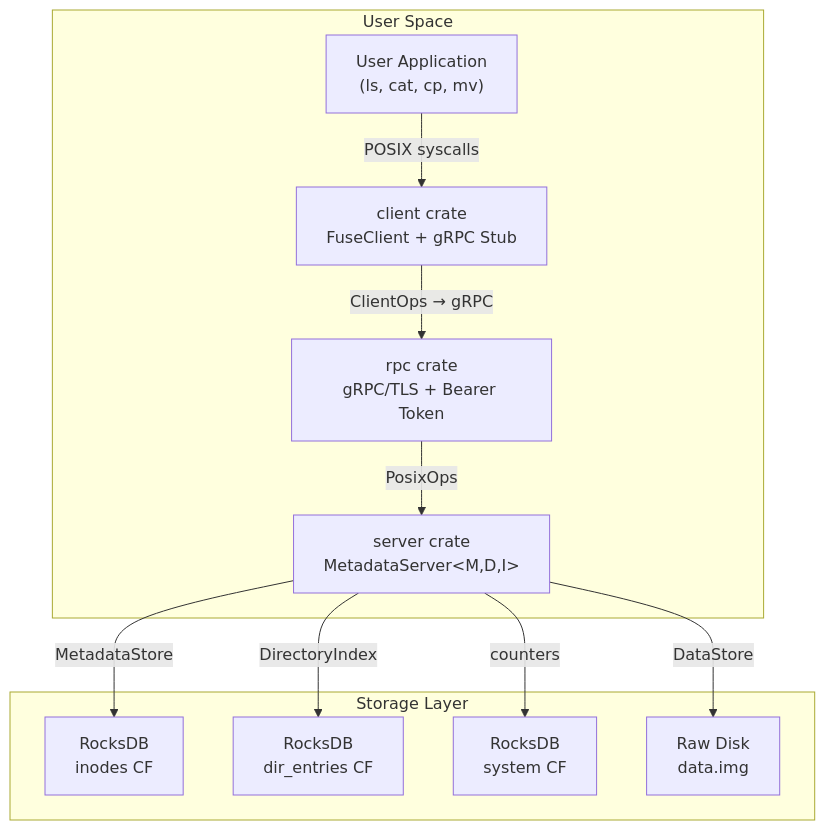
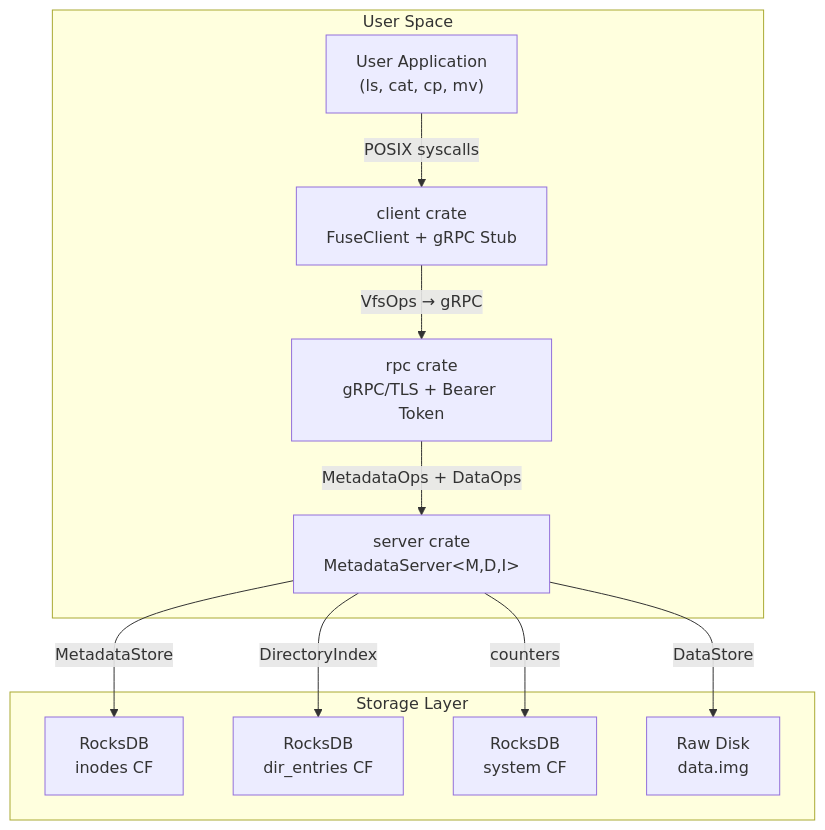
Before and after one commit to csjgg/rucksfs: the first of 14 diagrams in docs/metadata-kv-research.md, drawn with Mermaid. The commit also changed 2 other files, not shown here.

Commit message:
chore: doc update

````diff
--- a/docs/metadata-kv-research.md
+++ b/docs/metadata-kv-research.md
@@ -178,24 +178,24 @@
 ```mermaid
 graph TB
     subgraph "User Space"
         APP["User Application<br/>(ls, cat, cp, mv)"]
         FUSE_CLIENT["client crate<br/>FuseClient + gRPC Stub"]
         GRPC["rpc crate<br/>gRPC/TLS + Bearer Token"]
         SERVER["server crate<br/>MetadataServer&lt;M,D,I&gt;"]
     end
 
     subgraph "Storage Layer"
         ROCKS_META["RocksDB<br/>inodes CF"]
         ROCKS_DIR["RocksDB<br/>dir_entries CF"]
         ROCKS_SYS["RocksDB<br/>system CF"]
         RAW_DISK["Raw Disk<br/>data.img"]
     end
 
     APP -->|"POSIX syscalls"| FUSE_CLIENT
-    FUSE_CLIENT -->|"ClientOps → gRPC"| GRPC
-    GRPC -->|"PosixOps"| SERVER
+    FUSE_CLIENT -->|"VfsOps → gRPC"| GRPC
+    GRPC -->|"MetadataOps + DataOps"| SERVER
     SERVER -->|"MetadataStore"| ROCKS_META
     SERVER -->|"DirectoryIndex"| ROCKS_DIR
     SERVER -->|"counters"| ROCKS_SYS
     SERVER -->|"DataStore"| RAW_DISK
 ```
````
